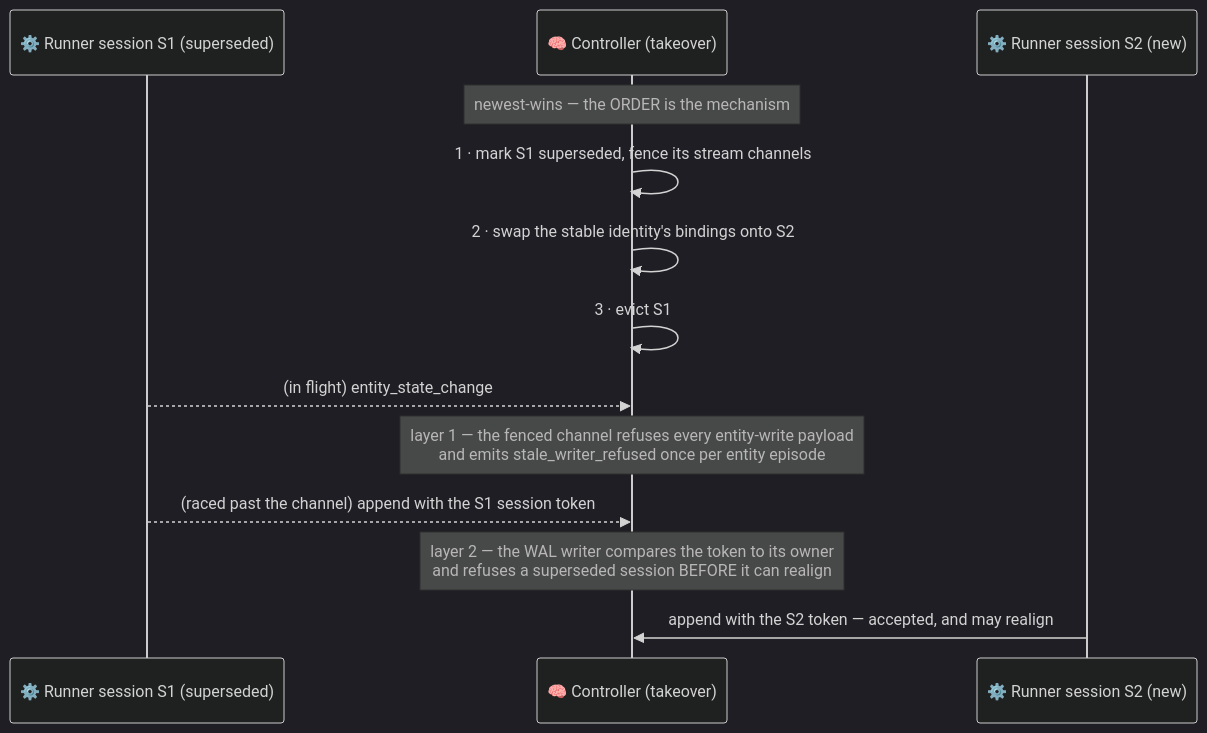
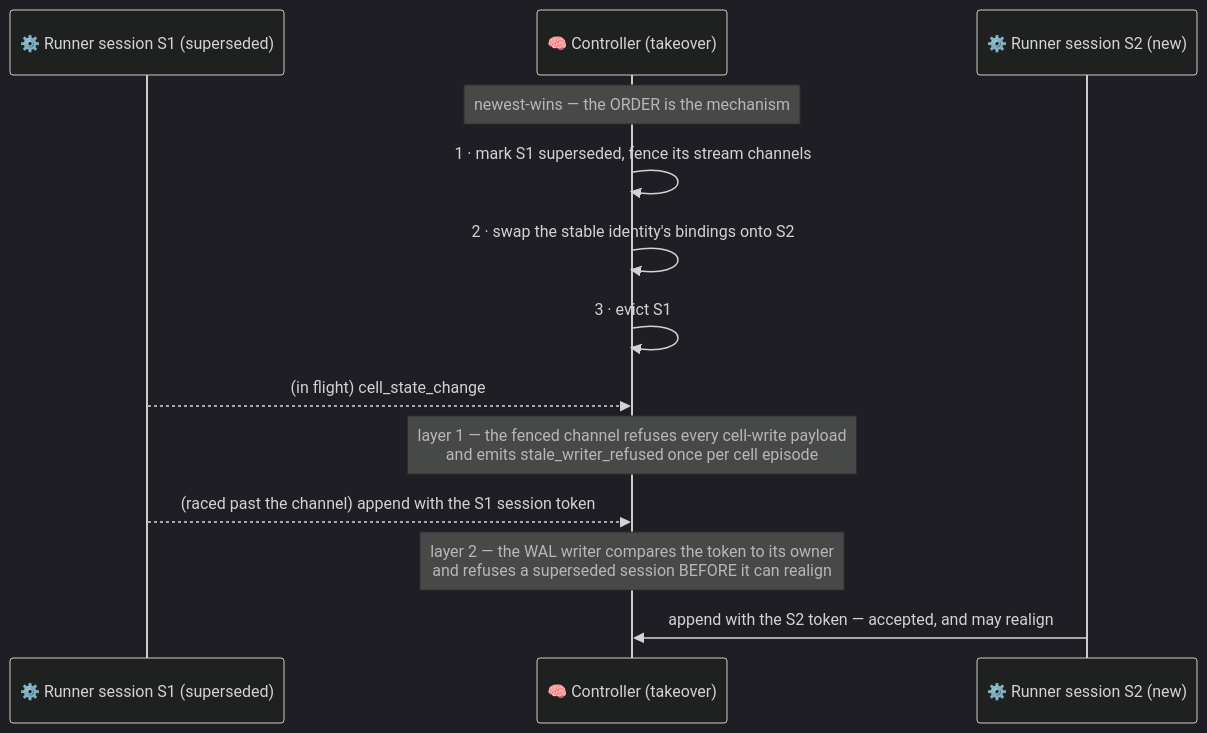
Diagram 14 of 17 in docs/architecture/kernel.md (Flezha/flezha), drawn with Mermaid (dark theme) before and after one commit. The commit also changed other lines of this file and 604 other files, not shown here.

First line of the commit message:
Rename Procedure to Tasklet and Entity to Cell

````diff
--- a/docs/architecture/kernel.md
+++ b/docs/architecture/kernel.md
@@ -677,19 +677,19 @@
 ```mermaid
 sequenceDiagram
     participant OLD as ⚙️ Runner session S1 (superseded)
     participant CTRL as 🧠 Controller (takeover)
     participant NEW as ⚙️ Runner session S2 (new)
 
     Note over CTRL: newest-wins — the ORDER is the mechanism
     CTRL->>CTRL: 1 · mark S1 superseded, fence its stream channels
     CTRL->>CTRL: 2 · swap the stable identity's bindings onto S2
     CTRL->>CTRL: 3 · evict S1
 
-    OLD-->>CTRL: (in flight) entity_state_change
-    Note over CTRL: layer 1 — the fenced channel refuses every entity-write payload<br/>and emits stale_writer_refused once per entity episode
+    OLD-->>CTRL: (in flight) cell_state_change
+    Note over CTRL: layer 1 — the fenced channel refuses every cell-write payload<br/>and emits stale_writer_refused once per cell episode
 
     OLD-->>CTRL: (raced past the channel) append with the S1 session token
     Note over CTRL: layer 2 — the WAL writer compares the token to its owner<br/>and refuses a superseded session BEFORE it can realign
 
     NEW->>CTRL: append with the S2 token — accepted, and may realign
 ```
````
